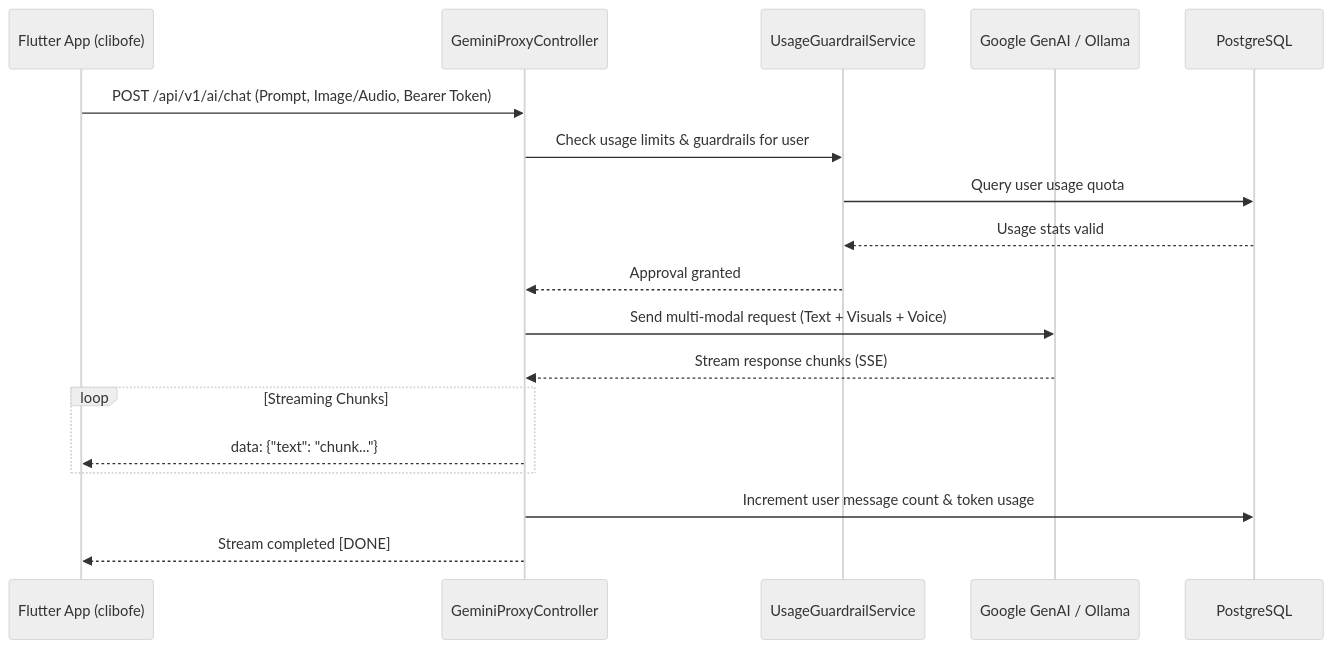
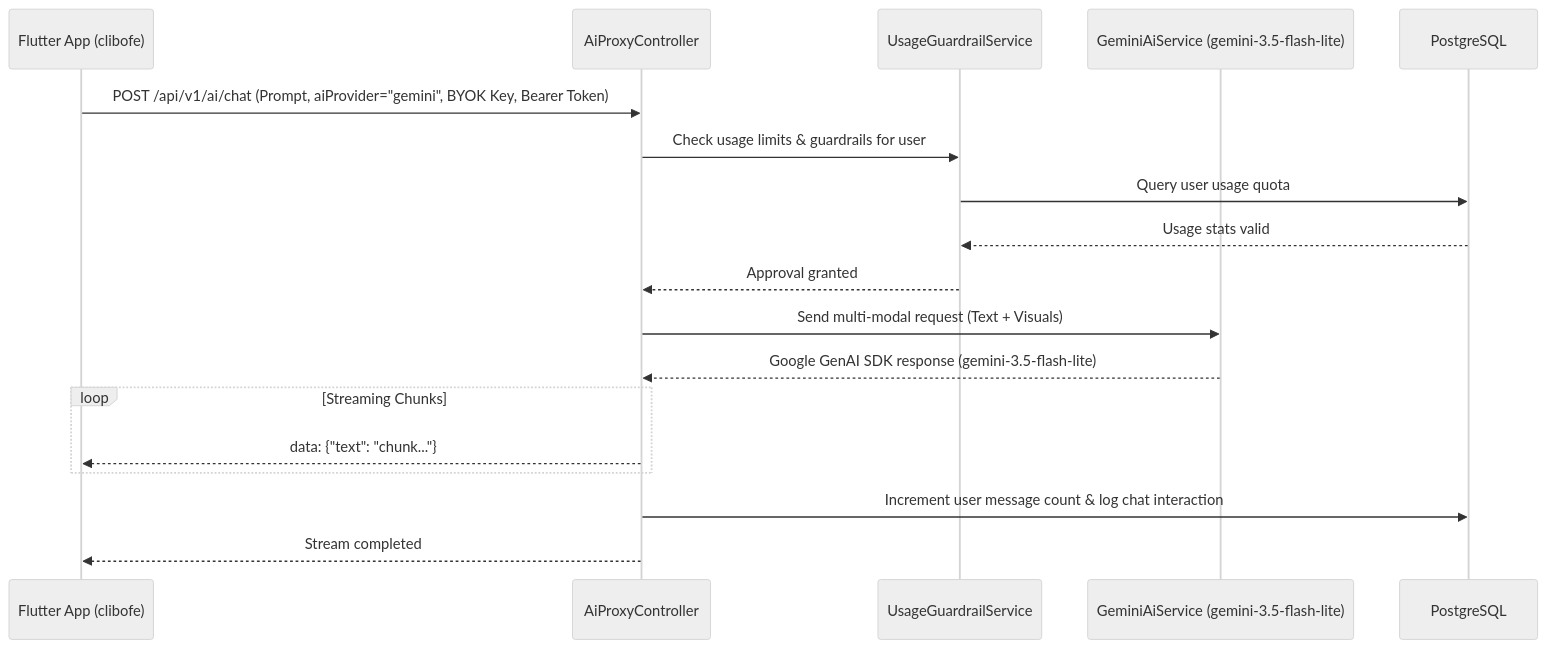
Before and after one commit to reitzClay/Clibo: the second of 2 diagrams in docs/backend/architecture.md, drawn with Mermaid (neutral theme). The commit also changed other lines of this file, not shown here.

First line of the commit message:
feat: Streamline login flow, redesign Config Tab, and integrate Google Gemini Cloud AI

````diff
--- a/docs/backend/architecture.md
+++ b/docs/backend/architecture.md
@@ -50,24 +53,24 @@
 ```mermaid
 sequenceDiagram
     participant Client as Flutter App (clibofe)
-    participant Proxy as GeminiProxyController
+    participant Proxy as AiProxyController
     participant Guard as UsageGuardrailService
-    participant AI as Google GenAI / Ollama
+    participant AI as GeminiAiService (gemini-3.5-flash-lite)
     participant DB as PostgreSQL
 
-    Client->>Proxy: POST /api/v1/ai/chat (Prompt, Image/Audio, Bearer Token)
+    Client->>Proxy: POST /api/v1/ai/chat (Prompt, aiProvider="gemini", BYOK Key, Bearer Token)
     Proxy->>Guard: Check usage limits & guardrails for user
     Guard->>DB: Query user usage quota
     DB-->>Guard: Usage stats valid
     Guard-->>Proxy: Approval granted
     
-    Proxy->>AI: Send multi-modal request (Text + Visuals + Voice)
-    AI-->>Proxy: Stream response chunks (SSE)
+    Proxy->>AI: Send multi-modal request (Text + Visuals)
+    AI-->>Proxy: Google GenAI SDK response (gemini-3.5-flash-lite)
     
     loop Streaming Chunks
         Proxy-->>Client: data: {"text": "chunk..."}
     end
     
-    Proxy->>DB: Increment user message count & token usage
-    Proxy-->>Client: Stream completed [DONE]
+    Proxy->>DB: Increment user message count & log chat interaction
+    Proxy-->>Client: Stream completed
 ```
````
